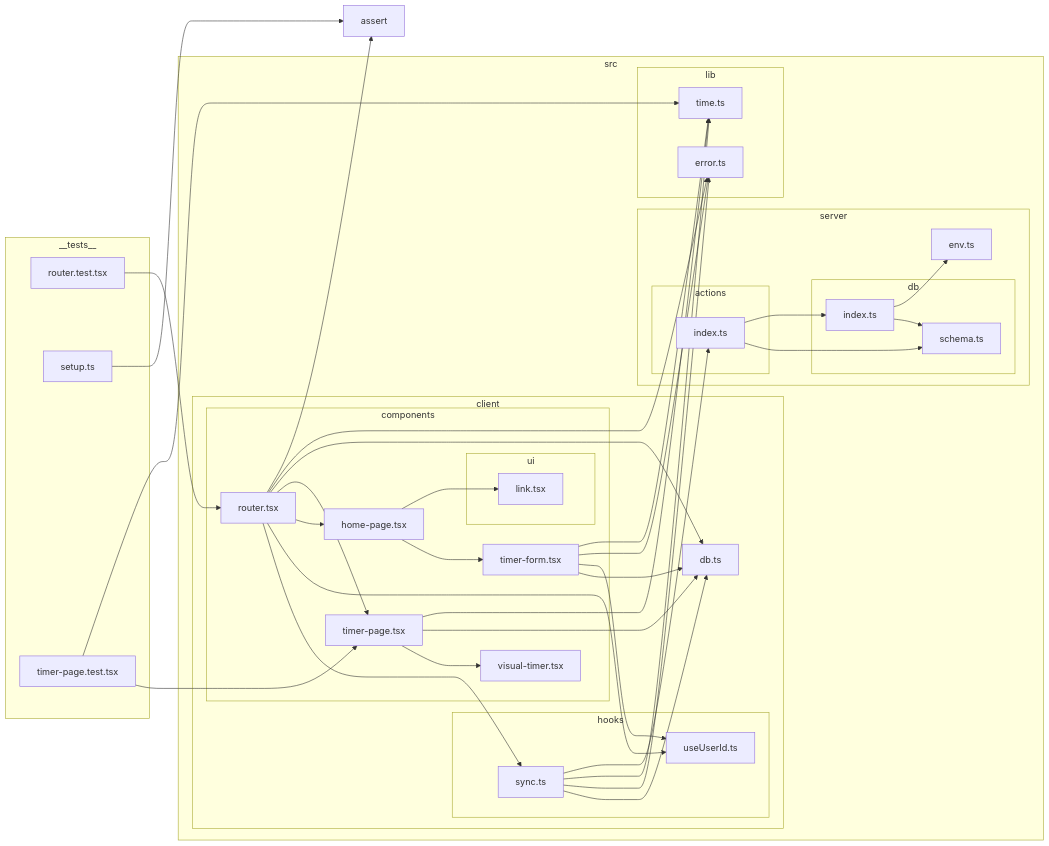
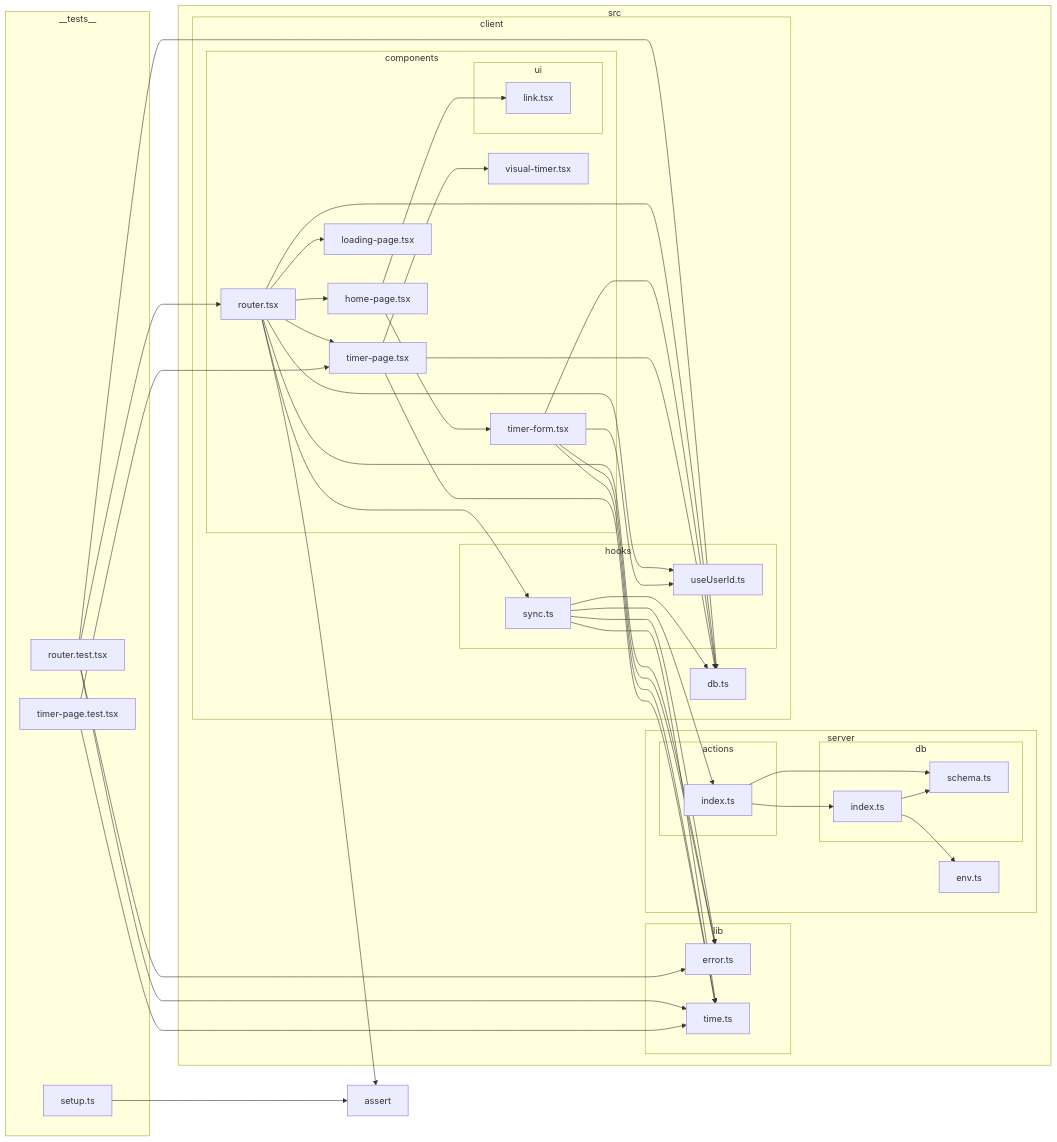
One commit to axolotl-logic/work-time changed the diagram in reports/dependency-graph.mmd. Above: the diagram before and after it, drawn with Mermaid. The commit also changed 2 other files, not shown here.

```diff
--- a/reports/dependency-graph.mmd
+++ b/reports/dependency-graph.mmd
@@ -1,69 +1,74 @@
 flowchart LR
 
 subgraph 0["__tests__"]
 1["router.test.tsx"]
-R["setup.ts"]
-S["timer-page.test.tsx"]
+S["setup.ts"]
+T["timer-page.test.tsx"]
 end
 subgraph 2["src"]
 subgraph 3["client"]
 subgraph 4["components"]
 5["router.tsx"]
 L["home-page.tsx"]
 M["timer-form.tsx"]
 subgraph N["ui"]
 O["link.tsx"]
 end
-P["timer-page.tsx"]
-Q["visual-timer.tsx"]
+P["loading-page.tsx"]
+Q["timer-page.tsx"]
+R["visual-timer.tsx"]
 end
 subgraph 7["hooks"]
 8["sync.ts"]
 K["useUserId.ts"]
 end
 9["db.ts"]
 end
 subgraph A["lib"]
 B["error.ts"]
 C["time.ts"]
 end
 subgraph D["server"]
 subgraph E["actions"]
 F["index.ts"]
 end
 subgraph G["db"]
 H["schema.ts"]
 I["index.ts"]
 end
 J["env.ts"]
 end
 end
 6["assert"]
 1-->5
+1-->9
+1-->B
+1-->C
 5-->8
 5-->K
 5-->L
 5-->P
+5-->Q
 5-->9
 5-->B
 5-->6
 8-->9
 8-->B
 8-->C
 8-->F
 F-->H
 F-->I
 I-->H
 I-->J
 L-->M
 L-->O
 M-->9
 M-->K
 M-->B
 M-->C
-P-->Q
-P-->9
-P-->C
-R-->6
-S-->P
-S-->C
+Q-->R
+Q-->9
+Q-->C
+S-->6
+T-->Q
+T-->C
```
